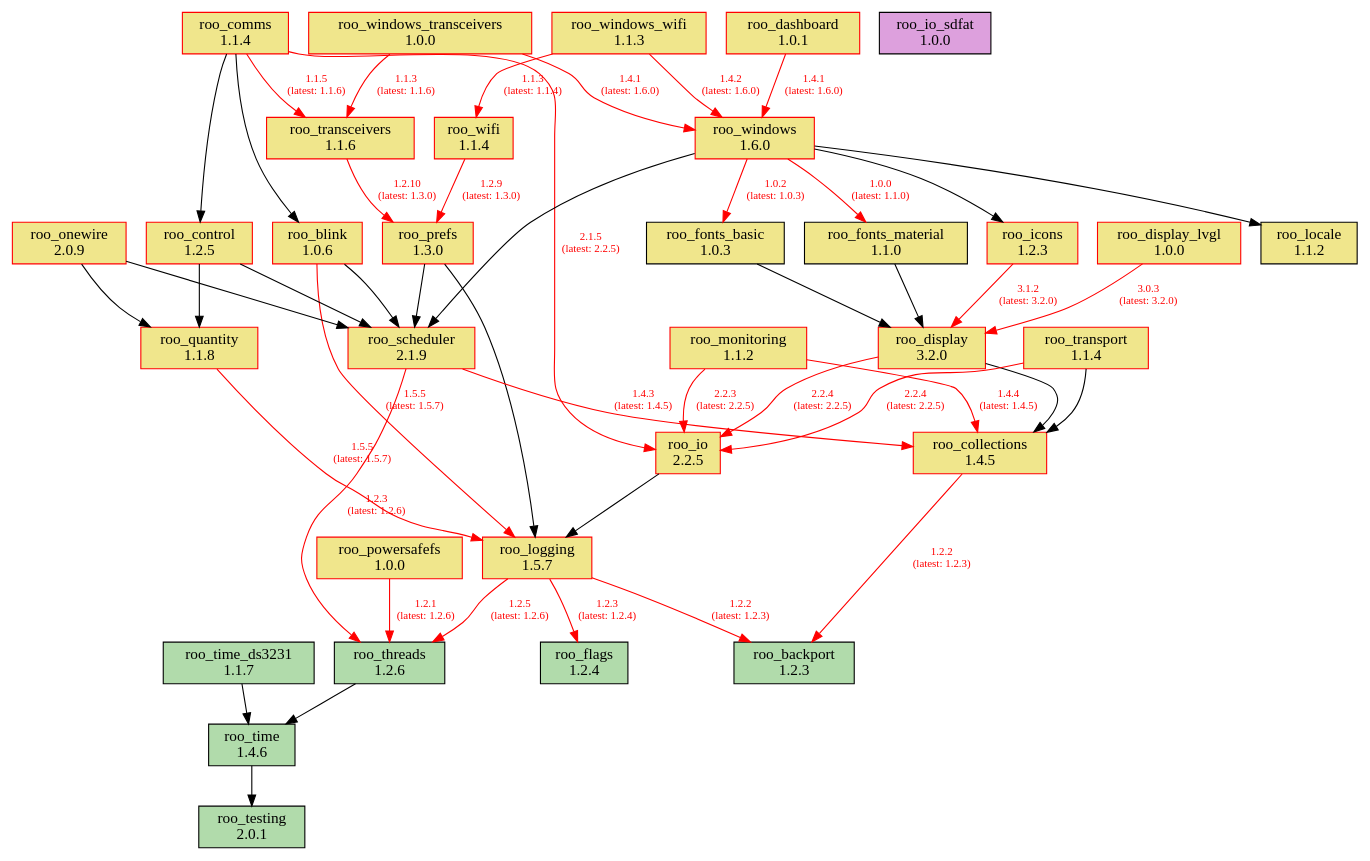
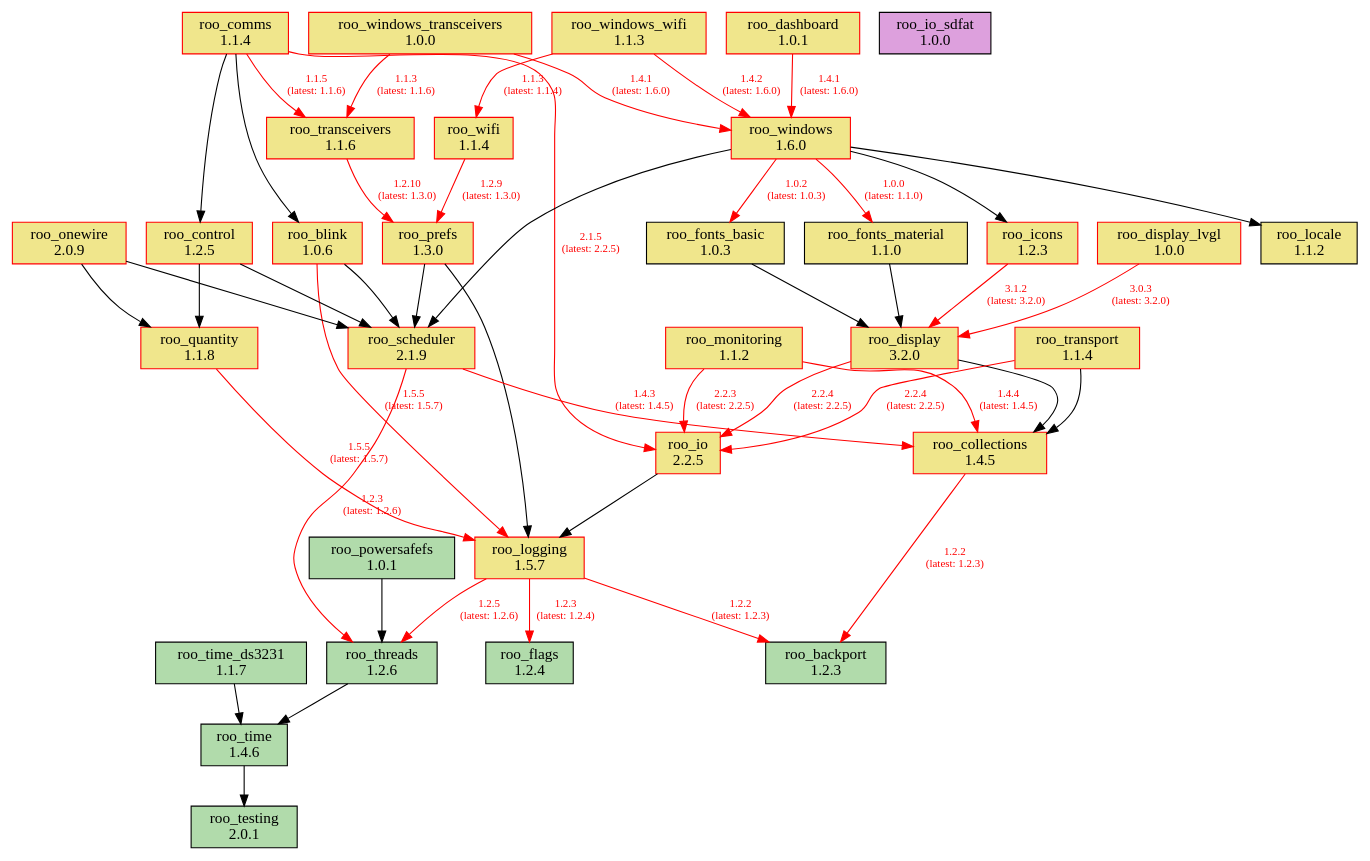
One commit to dejwk/roo-registry changed the diagram in doc/dependencies.dot. Above: the diagram before and after it, drawn with Graphviz. The commit also changed 3 other files, not shown here.

Commit message:
Added roo_powersafefs 1.0.1 to the registry.

```diff
--- a/doc/dependencies.dot
+++ b/doc/dependencies.dot
@@ -1,87 +1,87 @@
 digraph dependencies {
     rankdir=TB;
     node [shape=box, style=filled];
     edge [fontsize=10];
 
     // Modules
     "roo_backport" [label="roo_backport\n1.2.3", fillcolor="#b1dbab", color="black"];
     "roo_blink" [label="roo_blink\n1.0.6", fillcolor="khaki", color="red"];
     "roo_collections" [label="roo_collections\n1.4.5", fillcolor="khaki", color="red"];
     "roo_comms" [label="roo_comms\n1.1.4", fillcolor="khaki", color="red"];
     "roo_control" [label="roo_control\n1.2.5", fillcolor="khaki", color="red"];
     "roo_dashboard" [label="roo_dashboard\n1.0.1", fillcolor="khaki", color="red"];
     "roo_display" [label="roo_display\n3.2.0", fillcolor="khaki", color="red"];
     "roo_display_lvgl" [label="roo_display_lvgl\n1.0.0", fillcolor="khaki", color="red"];
     "roo_flags" [label="roo_flags\n1.2.4", fillcolor="#b1dbab", color="black"];
     "roo_fonts_basic" [label="roo_fonts_basic\n1.0.3", fillcolor="khaki", color="black"];
     "roo_fonts_material" [label="roo_fonts_material\n1.1.0", fillcolor="khaki", color="black"];
     "roo_icons" [label="roo_icons\n1.2.3", fillcolor="khaki", color="red"];
     "roo_io" [label="roo_io\n2.2.5", fillcolor="khaki", color="red"];
     "roo_io_sdfat" [label="roo_io_sdfat\n1.0.0", fillcolor="plum", color="black"];
     "roo_locale" [label="roo_locale\n1.1.2", fillcolor="khaki", color="black"];
     "roo_logging" [label="roo_logging\n1.5.7", fillcolor="khaki", color="red"];
     "roo_monitoring" [label="roo_monitoring\n1.1.2", fillcolor="khaki", color="red"];
     "roo_onewire" [label="roo_onewire\n2.0.9", fillcolor="khaki", color="red"];
-    "roo_powersafefs" [label="roo_powersafefs\n1.0.0", fillcolor="khaki", color="red"];
+    "roo_powersafefs" [label="roo_powersafefs\n1.0.1", fillcolor="#b1dbab", color="black"];
     "roo_prefs" [label="roo_prefs\n1.3.0", fillcolor="khaki", color="red"];
     "roo_quantity" [label="roo_quantity\n1.1.8", fillcolor="khaki", color="red"];
     "roo_scheduler" [label="roo_scheduler\n2.1.9", fillcolor="khaki", color="red"];
     "roo_testing" [label="roo_testing\n2.0.1", fillcolor="#b1dbab", color="black"];
     "roo_threads" [label="roo_threads\n1.2.6", fillcolor="#b1dbab", color="black"];
     "roo_time" [label="roo_time\n1.4.6", fillcolor="#b1dbab", color="black"];
     "roo_time_ds3231" [label="roo_time_ds3231\n1.1.7", fillcolor="#b1dbab", color="black"];
     "roo_transceivers" [label="roo_transceivers\n1.1.6", fillcolor="khaki", color="red"];
     "roo_transport" [label="roo_transport\n1.1.4", fillcolor="khaki", color="red"];
     "roo_wifi" [label="roo_wifi\n1.1.4", fillcolor="khaki", color="red"];
     "roo_windows" [label="roo_windows\n1.6.0", fillcolor="khaki", color="red"];
     "roo_windows_transceivers" [label="roo_windows_transceivers\n1.0.0", fillcolor="khaki", color="red"];
     "roo_windows_wifi" [label="roo_windows_wifi\n1.1.3", fillcolor="khaki", color="red"];
 
     // Dependencies
     "roo_blink" -> "roo_logging" [color=red, fontcolor=red, label="1.5.5\n(latest: 1.5.7)"];
     "roo_blink" -> "roo_scheduler";
     "roo_collections" -> "roo_backport" [color=red, fontcolor=red, label="1.2.2\n(latest: 1.2.3)"];
     "roo_comms" -> "roo_blink";
     "roo_comms" -> "roo_control";
     "roo_comms" -> "roo_io" [color=red, fontcolor=red, label="2.1.5\n(latest: 2.2.5)"];
     "roo_comms" -> "roo_transceivers" [color=red, fontcolor=red, label="1.1.5\n(latest: 1.1.6)"];
     "roo_control" -> "roo_quantity";
     "roo_control" -> "roo_scheduler";
     "roo_dashboard" -> "roo_windows" [color=red, fontcolor=red, label="1.4.1\n(latest: 1.6.0)"];
     "roo_display" -> "roo_collections";
     "roo_display" -> "roo_io" [color=red, fontcolor=red, label="2.2.4\n(latest: 2.2.5)"];
     "roo_display_lvgl" -> "roo_display" [color=red, fontcolor=red, label="3.0.3\n(latest: 3.2.0)"];
     "roo_fonts_basic" -> "roo_display";
     "roo_fonts_material" -> "roo_display";
     "roo_icons" -> "roo_display" [color=red, fontcolor=red, label="3.1.2\n(latest: 3.2.0)"];
     "roo_io" -> "roo_logging";
     "roo_logging" -> "roo_backport" [color=red, fontcolor=red, label="1.2.2\n(latest: 1.2.3)"];
     "roo_logging" -> "roo_flags" [color=red, fontcolor=red, label="1.2.3\n(latest: 1.2.4)"];
     "roo_logging" -> "roo_threads" [color=red, fontcolor=red, label="1.2.5\n(latest: 1.2.6)"];
     "roo_monitoring" -> "roo_collections" [color=red, fontcolor=red, label="1.4.4\n(latest: 1.4.5)"];
     "roo_monitoring" -> "roo_io" [color=red, fontcolor=red, label="2.2.3\n(latest: 2.2.5)"];
     "roo_onewire" -> "roo_scheduler";
     "roo_onewire" -> "roo_quantity";
-    "roo_powersafefs" -> "roo_threads" [color=red, fontcolor=red, label="1.2.1\n(latest: 1.2.6)"];
+    "roo_powersafefs" -> "roo_threads";
     "roo_prefs" -> "roo_logging";
     "roo_prefs" -> "roo_scheduler";
     "roo_quantity" -> "roo_logging" [color=red, fontcolor=red, label="1.5.5\n(latest: 1.5.7)"];
     "roo_scheduler" -> "roo_collections" [color=red, fontcolor=red, label="1.4.3\n(latest: 1.4.5)"];
     "roo_scheduler" -> "roo_threads" [color=red, fontcolor=red, label="1.2.3\n(latest: 1.2.6)"];
     "roo_threads" -> "roo_time";
     "roo_time" -> "roo_testing";
     "roo_time_ds3231" -> "roo_time";
     "roo_transceivers" -> "roo_prefs" [color=red, fontcolor=red, label="1.2.10\n(latest: 1.3.0)"];
     "roo_transport" -> "roo_collections";
     "roo_transport" -> "roo_io" [color=red, fontcolor=red, label="2.2.4\n(latest: 2.2.5)"];
     "roo_wifi" -> "roo_prefs" [color=red, fontcolor=red, label="1.2.9\n(latest: 1.3.0)"];
     "roo_windows" -> "roo_fonts_basic" [color=red, fontcolor=red, label="1.0.2\n(latest: 1.0.3)"];
     "roo_windows" -> "roo_fonts_material" [color=red, fontcolor=red, label="1.0.0\n(latest: 1.1.0)"];
     "roo_windows" -> "roo_locale";
     "roo_windows" -> "roo_icons";
     "roo_windows" -> "roo_scheduler";
     "roo_windows_transceivers" -> "roo_transceivers" [color=red, fontcolor=red, label="1.1.3\n(latest: 1.1.6)"];
     "roo_windows_transceivers" -> "roo_windows" [color=red, fontcolor=red, label="1.4.1\n(latest: 1.6.0)"];
     "roo_windows_wifi" -> "roo_wifi" [color=red, fontcolor=red, label="1.1.3\n(latest: 1.1.4)"];
     "roo_windows_wifi" -> "roo_windows" [color=red, fontcolor=red, label="1.4.2\n(latest: 1.6.0)"];
 }
```
